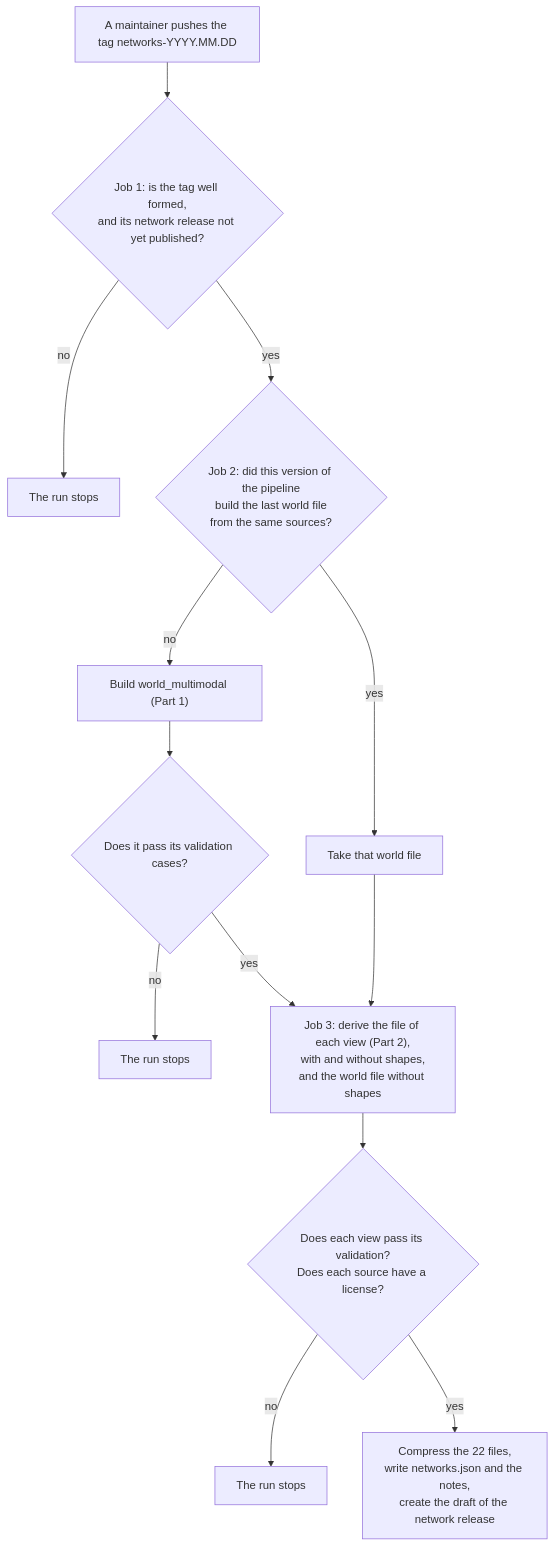
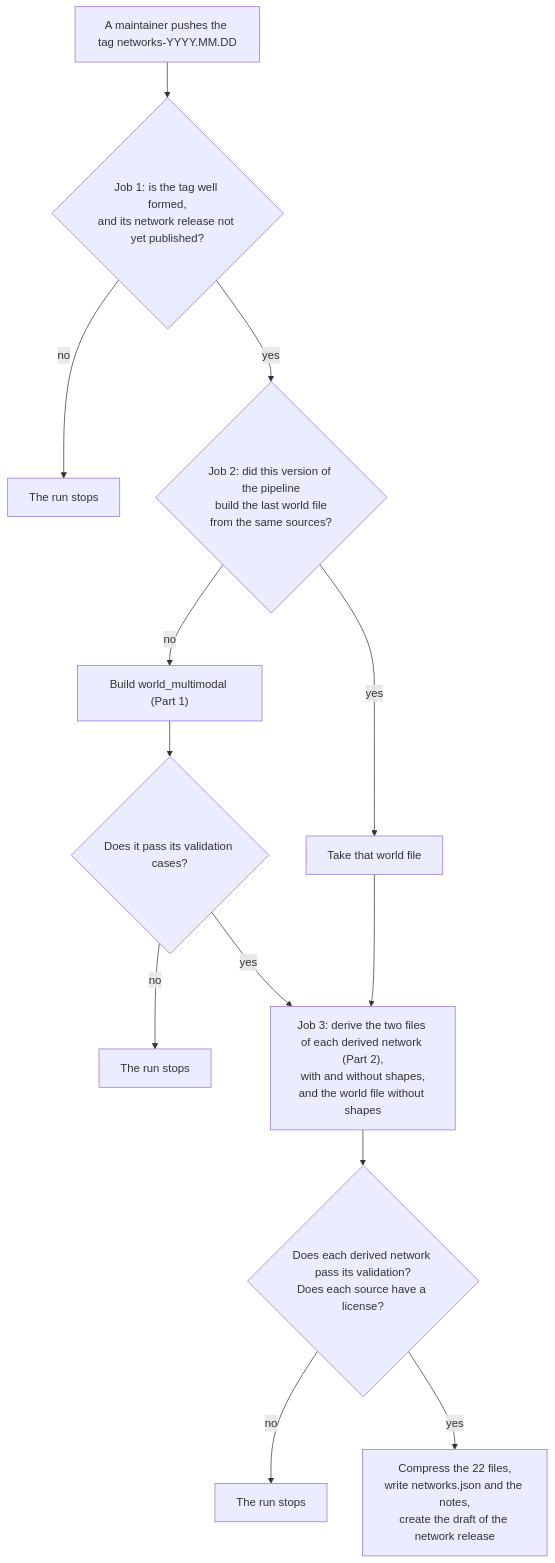
The third of 4 diagrams in scgraph/pipelines/README.md (connor-makowski/scgraph), drawn with Mermaid before and after one commit. The commit also changed other lines of this file and 36 other files, not shown here.

````diff
--- a/scgraph/pipelines/README.md
+++ b/scgraph/pipelines/README.md
@@ -427,16 +430,16 @@
 ```mermaid
 flowchart TD
     T["A maintainer pushes the tag networks-YYYY.MM.DD"]
     T --> C{"Job 1: is the tag well formed,<br/>and its network release not yet published?"}
     C -- "no" --> X1["The run stops"]
     C -- "yes" --> Q{"Job 2: did this version of the pipeline<br/>build the last world file<br/>from the same sources?"}
     Q -- "yes" --> O["Take that world file"]
     Q -- "no" --> B["Build world_multimodal (Part 1)"]
     B --> V{"Does it pass its validation cases?"}
     V -- "no" --> X2["The run stops"]
     V -- "yes" --> D
-    O --> D["Job 3: derive the file of each view (Part 2),<br/>with and without shapes,<br/>and the world file without shapes"]
-    D --> W{"Does each view pass its validation?<br/>Does each source have a license?"}
+    O --> D["Job 3: derive the two files of each derived network (Part 2),<br/>with and without shapes,<br/>and the world file without shapes"]
+    D --> W{"Does each derived network pass its validation?<br/>Does each source have a license?"}
     W -- "no" --> X3["The run stops"]
     W -- "yes" --> F["Compress the 22 files,<br/>write networks.json and the notes,<br/>create the draft of the network release"]
 ```
````
